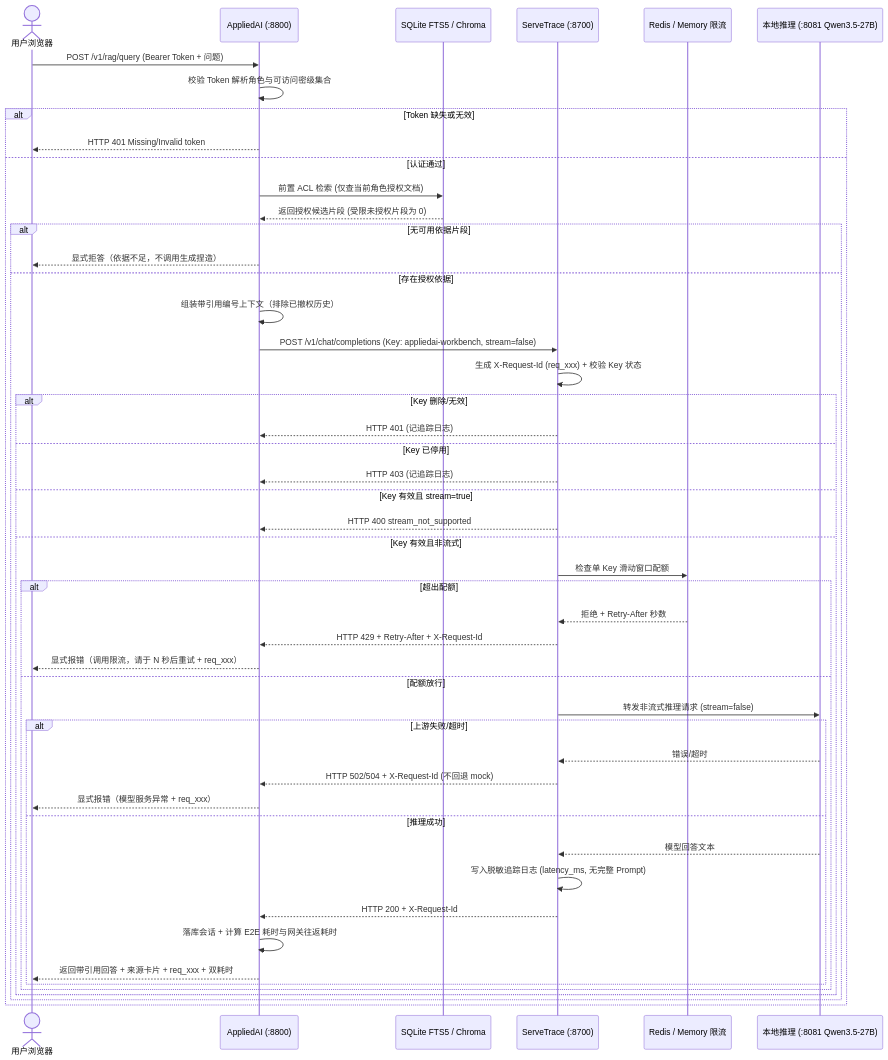
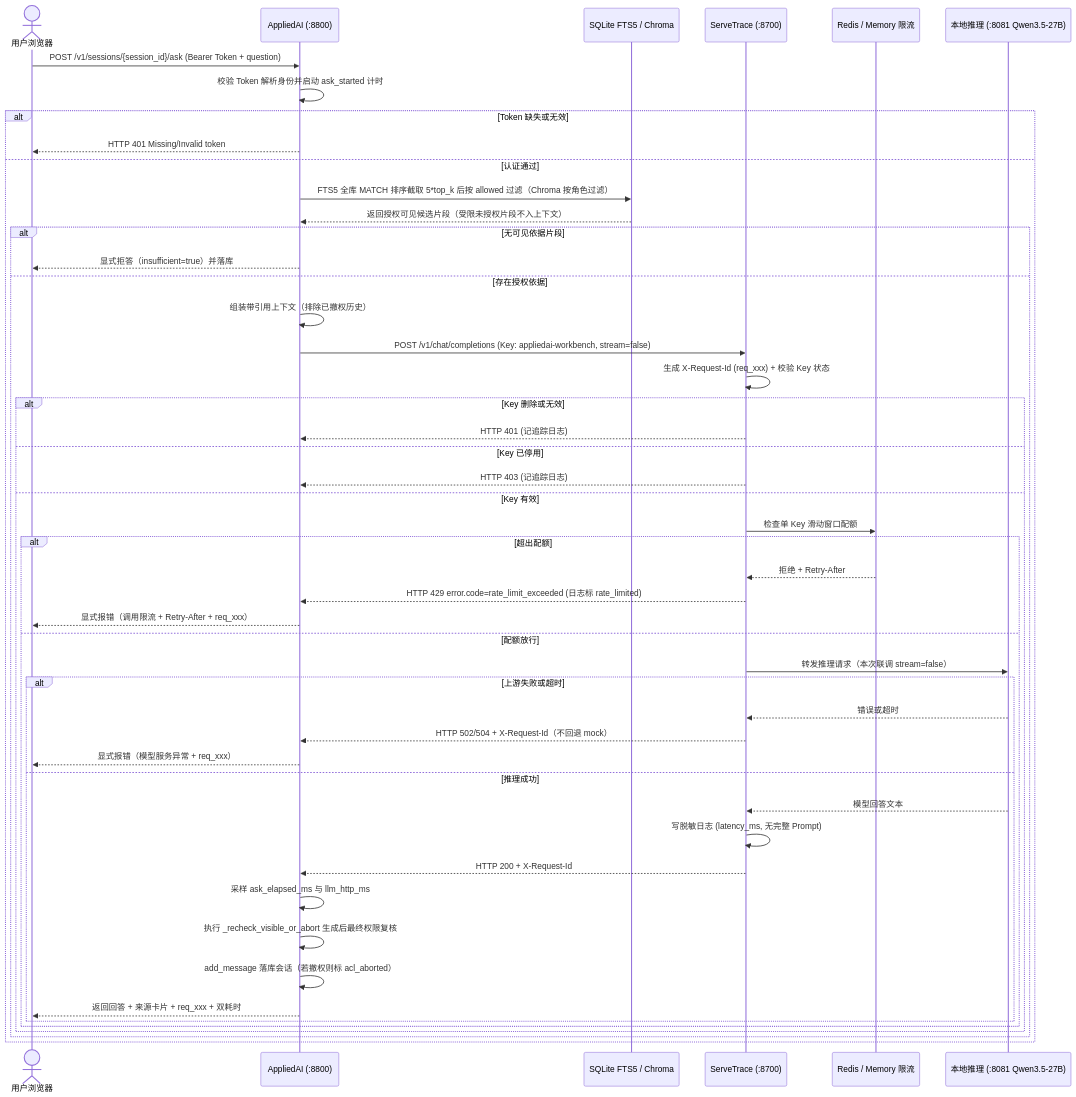
Before and after one commit to suiyisuixing/ai-product-portfolio: the first of 2 diagrams in prds/appliedai-servetrace-prd.md, drawn with Mermaid. The commit also changed other lines of this file and 11 other files, not shown here.

````diff
--- a/prds/appliedai-servetrace-prd.md
+++ b/prds/appliedai-servetrace-prd.md
@@ -117,52 +122,52 @@
 ```mermaid
 sequenceDiagram
     actor User as 用户浏览器
     participant AA as AppliedAI (:8800)
     participant DB as SQLite FTS5 / Chroma
     participant ST as ServeTrace (:8700)
     participant RL as Redis / Memory 限流
     participant LLM as 本地推理 (:8081 Qwen3.5-27B)
 
-    User->>AA: POST /v1/rag/query (Bearer Token + 问题)
-    AA->>AA: 校验 Token 解析角色与可访问密级集合
+    User->>AA: POST /v1/sessions/{session_id}/ask (Bearer Token + question)
+    AA->>AA: 校验 Token 解析身份并启动 ask_started 计时
     alt Token 缺失或无效
         AA-->>User: HTTP 401 Missing/Invalid token
     else 认证通过
-        AA->>DB: 前置 ACL 检索 (仅查当前角色授权文档)
-        DB-->>AA: 返回授权候选片段 (受限未授权片段为 0)
-        alt 无可用依据片段
-            AA-->>User: 显式拒答（依据不足，不调用生成捏造）
+        AA->>DB: FTS5 全库 MATCH 排序截取 5*top_k 后按 allowed 过滤（Chroma 按角色过滤）
+        DB-->>AA: 返回授权可见候选片段（受限未授权片段不入上下文）
+        alt 无可见依据片段
+            AA-->>User: 显式拒答（insufficient=true）并落库
         else 存在授权依据
-            AA->>AA: 组装带引用编号上下文（排除已撤权历史）
+            AA->>AA: 组装带引用上下文（排除已撤权历史）
             AA->>ST: POST /v1/chat/completions (Key: appliedai-workbench, stream=false)
             ST->>ST: 生成 X-Request-Id (req_xxx) + 校验 Key 状态
-            alt Key 删除/无效
+            alt Key 删除或无效
                 ST-->>AA: HTTP 401 (记追踪日志)
             else Key 已停用
                 ST-->>AA: HTTP 403 (记追踪日志)
-            else Key 有效且 stream=true
-                ST-->>AA: HTTP 400 stream_not_supported
-            else Key 有效且非流式
+            else Key 有效
                 ST->>RL: 检查单 Key 滑动窗口配额
                 alt 超出配额
-                    RL-->>ST: 拒绝 + Retry-After 秒数
-                    ST-->>AA: HTTP 429 + Retry-After + X-Request-Id
-                    AA-->>User: 显式报错（调用限流，请于 N 秒后重试 + req_xxx）
+                    RL-->>ST: 拒绝 + Retry-After
+                    ST-->>AA: HTTP 429 error.code=rate_limit_exceeded (日志标 rate_limited)
+                    AA-->>User: 显式报错（调用限流 + Retry-After + req_xxx）
                 else 配额放行
-                    ST->>LLM: 转发非流式推理请求 (stream=false)
-                    alt 上游失败/超时
-                        LLM-->>ST: 错误/超时
-                        ST-->>AA: HTTP 502/504 + X-Request-Id (不回退 mock)
+                    ST->>LLM: 转发推理请求（本次联调 stream=false）
+                    alt 上游失败或超时
+                        LLM-->>ST: 错误或超时
+                        ST-->>AA: HTTP 502/504 + X-Request-Id（不回退 mock）
                         AA-->>User: 显式报错（模型服务异常 + req_xxx）
                     else 推理成功
                         LLM-->>ST: 模型回答文本
-                        ST->>ST: 写入脱敏追踪日志 (latency_ms, 无完整 Prompt)
+                        ST->>ST: 写脱敏日志 (latency_ms, 无完整 Prompt)
                         ST-->>AA: HTTP 200 + X-Request-Id
-                        AA->>AA: 落库会话 + 计算 E2E 耗时与网关往返耗时
-                        AA-->>User: 返回带引用回答 + 来源卡片 + req_xxx + 双耗时
+                        AA->>AA: 采样 ask_elapsed_ms 与 llm_http_ms
+                        AA->>AA: 执行 _recheck_visible_or_abort 生成后最终权限复核
+                        AA->>AA: add_message 落库会话（若撤权则标 acl_aborted）
+                        AA-->>User: 返回回答 + 来源卡片 + req_xxx + 双耗时
                     end
                 end
             end
         end
     end
 ```
````
